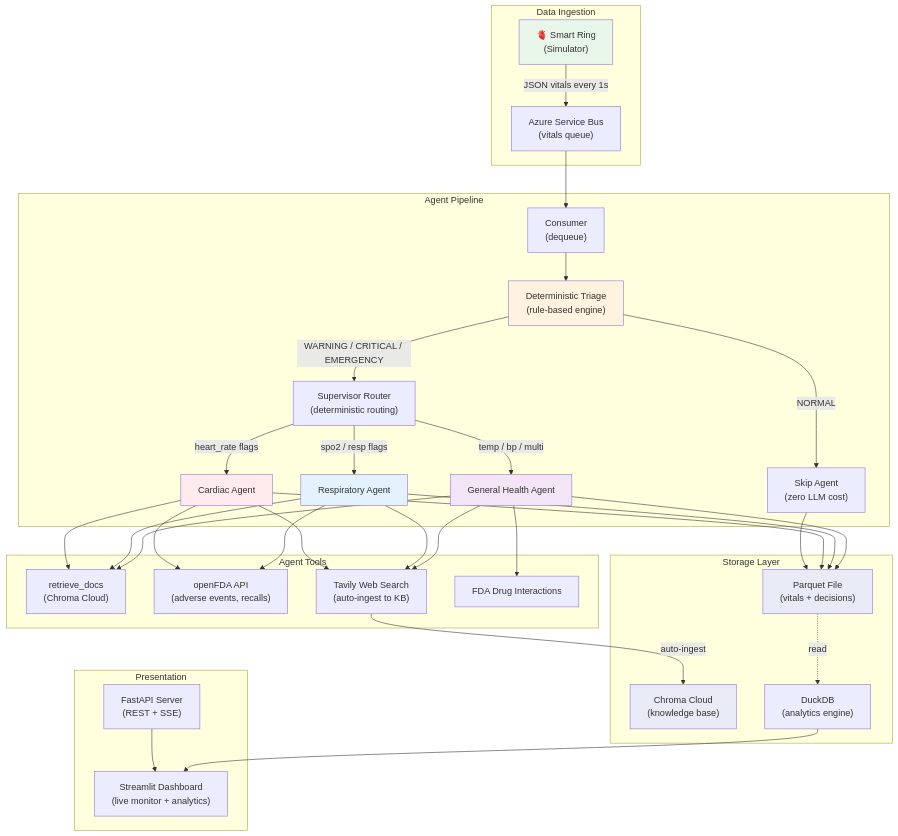
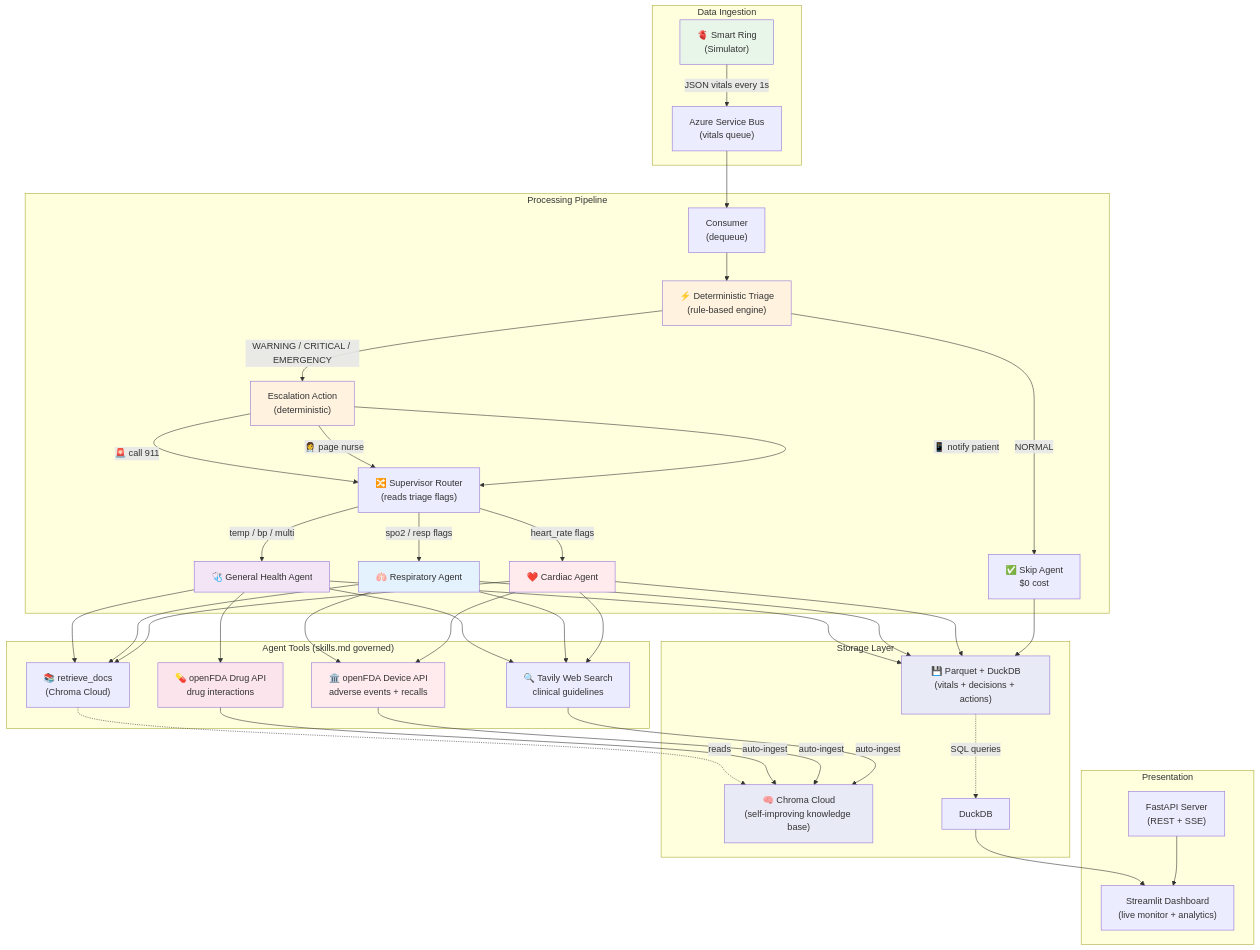
The first of 4 diagrams in README.md (maiduydung/medical-agents), drawn with Mermaid before and after one commit. The commit also changed other lines of this file and 4 other files, not shown here.

First line of the commit message:
Add action escalation matrix, FDA auto-ingest, and FigJam diagram

````diff
--- a/README.md
+++ b/README.md
@@ -10,58 +10,69 @@
 ```mermaid
 flowchart TB
     subgraph Input["Data Ingestion"]
         Ring["🫀 Smart Ring<br/>(Simulator)"]
         SB["Azure Service Bus<br/>(vitals queue)"]
         Ring -->|"JSON vitals every 1s"| SB
     end
 
-    subgraph Pipeline["Agent Pipeline"]
+    subgraph Pipeline["Processing Pipeline"]
         Consumer["Consumer<br/>(dequeue)"]
-        Triage["Deterministic Triage<br/>(rule-based engine)"]
+        Triage["⚡ Deterministic Triage<br/>(rule-based engine)"]
         SB --> Consumer --> Triage
 
-        Triage -->|"NORMAL"| Skip["Skip Agent<br/>(zero LLM cost)"]
-        Triage -->|"WARNING / CRITICAL / EMERGENCY"| Router["Supervisor Router<br/>(deterministic routing)"]
+        Triage -->|"NORMAL"| Skip["✅ Skip Agent<br/>$0 cost"]
+        Triage -->|"WARNING / CRITICAL / EMERGENCY"| Action
 
-        Router -->|"heart_rate flags"| Cardiac["Cardiac Agent"]
-        Router -->|"spo2 / resp flags"| Respiratory["Respiratory Agent"]
-        Router -->|"temp / bp / multi"| General["General Health Agent"]
+        Action["Escalation Action<br/>(deterministic)"]
+        Action -->|"📱 notify patient"| Router
+        Action -->|"👩‍⚕️ page nurse"| Router
+        Action -->|"🚨 call 911"| Router
+
+        Router["🔀 Supervisor Router<br/>(reads triage flags)"]
+        Router -->|"heart_rate flags"| Cardiac["❤️ Cardiac Agent"]
+        Router -->|"spo2 / resp flags"| Respiratory["🫁 Respiratory Agent"]
+        Router -->|"temp / bp / multi"| General["🩺 General Health Agent"]
     end
 
-    subgraph Tools["Agent Tools"]
-        RAG["retrieve_docs<br/>(Chroma Cloud)"]
-        FDA["openFDA API<br/>(adverse events, recalls)"]
-        Web["Tavily Web Search<br/>(auto-ingest to KB)"]
-        Drug["FDA Drug Interactions"]
+    subgraph Tools["Agent Tools (skills.md governed)"]
+        RAG["📚 retrieve_docs<br/>(Chroma Cloud)"]
+        FDADevice["🏛️ openFDA Device API<br/>adverse events + recalls"]
+        FDADrug["💊 openFDA Drug API<br/>drug interactions"]
+        Web["🔍 Tavily Web Search<br/>clinical guidelines"]
 
-        Cardiac --> RAG & FDA & Web
-        Respiratory --> RAG & FDA & Web
-        General --> RAG & Drug & Web
+        Cardiac --> RAG & FDADevice & Web
+        Respiratory --> RAG & FDADevice & Web
+        General --> RAG & FDADrug & Web
     end
 
     subgraph Storage["Storage Layer"]
-        Parquet["Parquet File<br/>(vitals + decisions)"]
-        Chroma["Chroma Cloud<br/>(knowledge base)"]
-        DuckDB["DuckDB<br/>(analytics engine)"]
+        Parquet["💾 Parquet + DuckDB<br/>(vitals + decisions + actions)"]
+        Chroma["🧠 Chroma Cloud<br/>(self-improving knowledge base)"]
 
         Skip --> Parquet
         Cardiac & Respiratory & General --> Parquet
         Web -->|"auto-ingest"| Chroma
-        Parquet -.->|"read"| DuckDB
+        FDADevice -->|"auto-ingest"| Chroma
+        FDADrug -->|"auto-ingest"| Chroma
+        RAG -.->|"reads"| Chroma
+        Parquet -.->|"SQL queries"| DuckDB["DuckDB"]
     end
 
     subgraph UI["Presentation"]
         API["FastAPI Server<br/>(REST + SSE)"]
         Dashboard["Streamlit Dashboard<br/>(live monitor + analytics)"]
         API --> Dashboard
         DuckDB --> Dashboard
     end
 
     style Ring fill:#e8f5e9
     style Triage fill:#fff3e0
+    style Action fill:#fff3e0
     style Cardiac fill:#ffebee
     style Respiratory fill:#e3f2fd
     style General fill:#f3e5f5
     style Chroma fill:#e8eaf6
     style Parquet fill:#e8eaf6
+    style FDADevice fill:#ffebee
+    style FDADrug fill:#fce4ec
 ```
````
